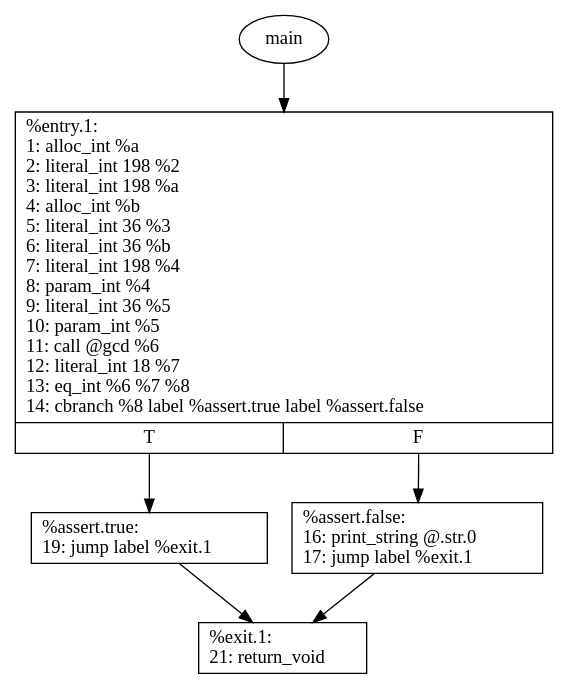
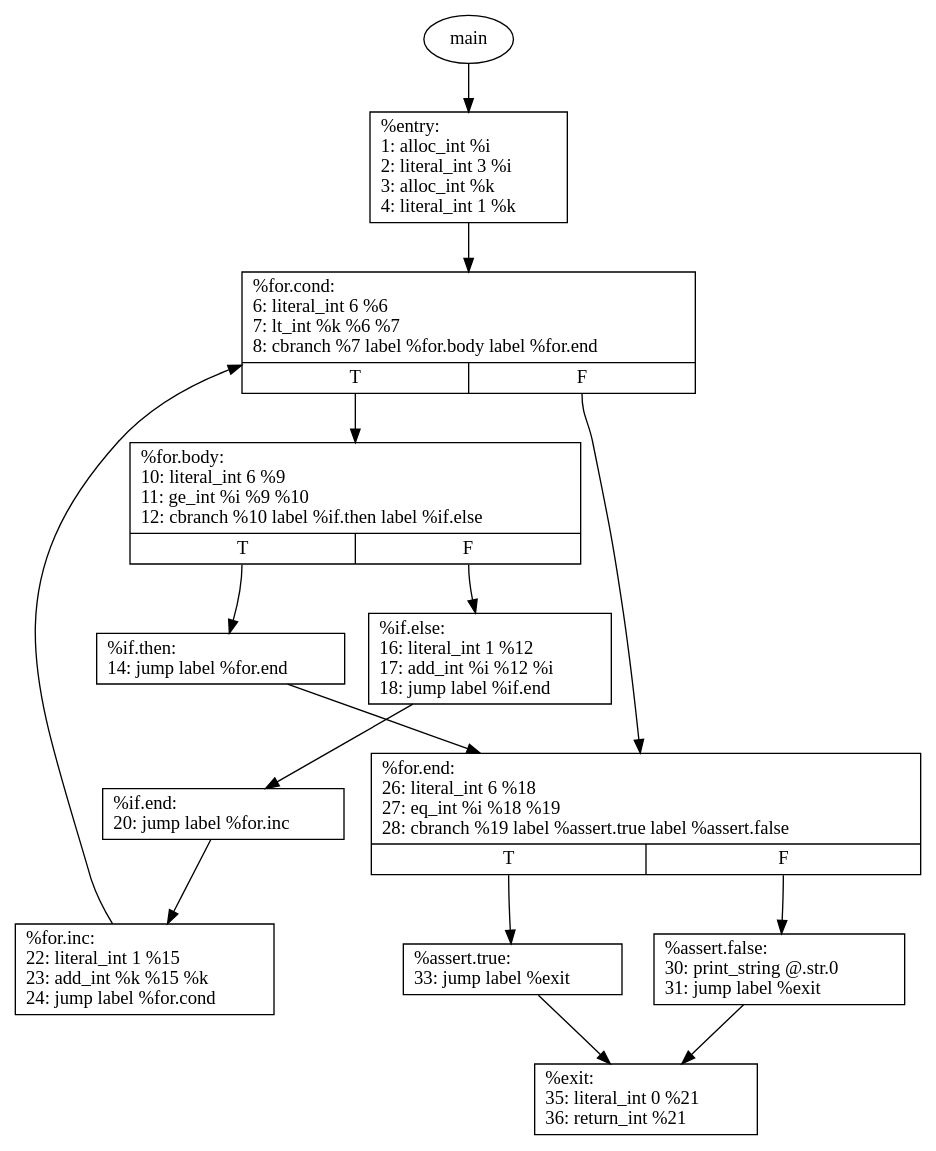
One commit to barddes/ply-python-compiler changed the diagram in main.gv. Above: the diagram before and after it, drawn with Graphviz. The commit also changed 9 other files, not shown here.

```diff
--- a/main.gv
+++ b/main.gv
@@ -1,13 +1,29 @@
 digraph g {
 	node [shape=record]
 	main [shape=ellipse]
-	main -> "%entry.1"
-	"%entry.1" [label="{%entry.1:\l	1:   alloc_int %a \l	2:   literal_int 198 %2 \l	3:   literal_int 198 %a \l	4:   alloc_int %b \l	5:   literal_int 36 %3 \l	6:   literal_int 36 %b \l	7:   literal_int 198 %4 \l	8:   param_int %4 \l	9:   literal_int 36 %5 \l	10:   param_int %5 \l	11:   call @gcd %6 \l	12:   literal_int 18 %7 \l	13:   eq_int %6 %7 %8 \l	14:   cbranch %8 label %assert.true label %assert.false\l	|{<f0>T|<f1>F}}"]
-	"%entry.1":f0 -> "%assert.true"
-	"%entry.1":f1 -> "%assert.false"
-	"%assert.false" [label="{%assert.false:\l	16:   print_string @.str.0 \l	17:   jump label %exit.1\l	}"]
-	"%assert.false" -> "%exit.1"
-	"%assert.true" [label="{%assert.true:\l	19:   jump label %exit.1\l	}"]
-	"%assert.true" -> "%exit.1"
-	"%exit.1" [label="{%exit.1:\l	21:   return_void\l	}"]
+	main -> "%entry"
+	"%entry" [label="{%entry:\l	1:   alloc_int %i \l	2:   literal_int 3 %i \l	3:   alloc_int %k \l	4:   literal_int 1 %k \l	}"]
+	"%entry" -> "%for.cond"
+	"%for.cond" [label="{%for.cond:\l	6:   literal_int 6 %6 \l	7:   lt_int %k %6 %7 \l	8:   cbranch %7 label %for.body label %for.end\l	|{<f0>T|<f1>F}}"]
+	"%for.cond":f0 -> "%for.body"
+	"%for.cond":f1 -> "%for.end"
+	"%for.body" [label="{%for.body:\l	10:   literal_int 6 %9 \l	11:   ge_int %i %9 %10 \l	12:   cbranch %10 label %if.then label %if.else\l	|{<f0>T|<f1>F}}"]
+	"%for.body":f0 -> "%if.then"
+	"%for.body":f1 -> "%if.else"
+	"%if.then" [label="{%if.then:\l	14:   jump label %for.end\l	}"]
+	"%if.then" -> "%for.end"
+	"%if.else" [label="{%if.else:\l	16:   literal_int 1 %12 \l	17:   add_int %i %12 %i \l	18:   jump label %if.end\l	}"]
+	"%if.else" -> "%if.end"
+	"%if.end" [label="{%if.end:\l	20:   jump label %for.inc\l	}"]
+	"%if.end" -> "%for.inc"
+	"%for.inc" [label="{%for.inc:\l	22:   literal_int 1 %15 \l	23:   add_int %k %15 %k \l	24:   jump label %for.cond\l	}"]
+	"%for.inc" -> "%for.cond"
+	"%for.end" [label="{%for.end:\l	26:   literal_int 6 %18 \l	27:   eq_int %i %18 %19 \l	28:   cbranch %19 label %assert.true label %assert.false\l	|{<f0>T|<f1>F}}"]
+	"%for.end":f0 -> "%assert.true"
+	"%for.end":f1 -> "%assert.false"
+	"%assert.false" [label="{%assert.false:\l	30:   print_string @.str.0 \l	31:   jump label %exit\l	}"]
+	"%assert.false" -> "%exit"
+	"%assert.true" [label="{%assert.true:\l	33:   jump label %exit\l	}"]
+	"%assert.true" -> "%exit"
+	"%exit" [label="{%exit:\l	35:   literal_int 0 %21 \l	36:   return_int %21\l	}"]
 }
```
